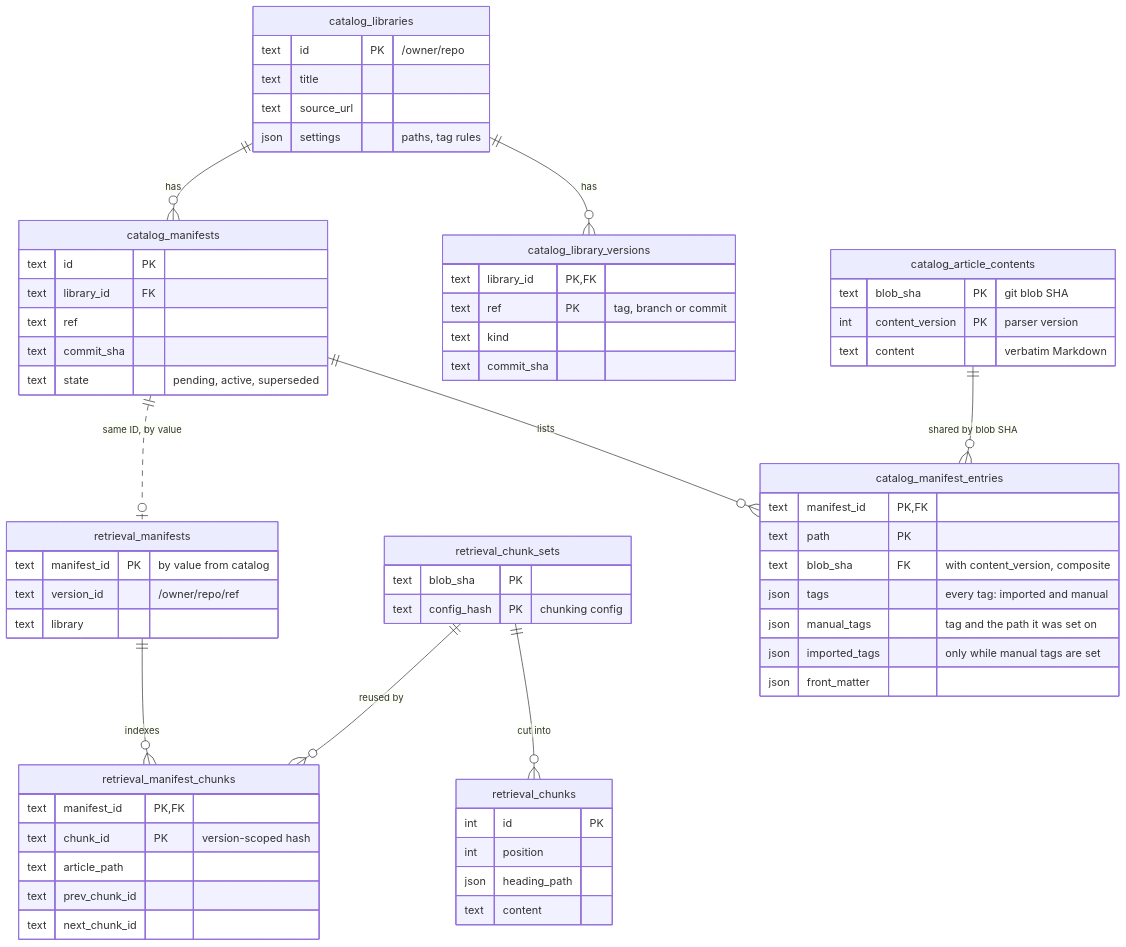
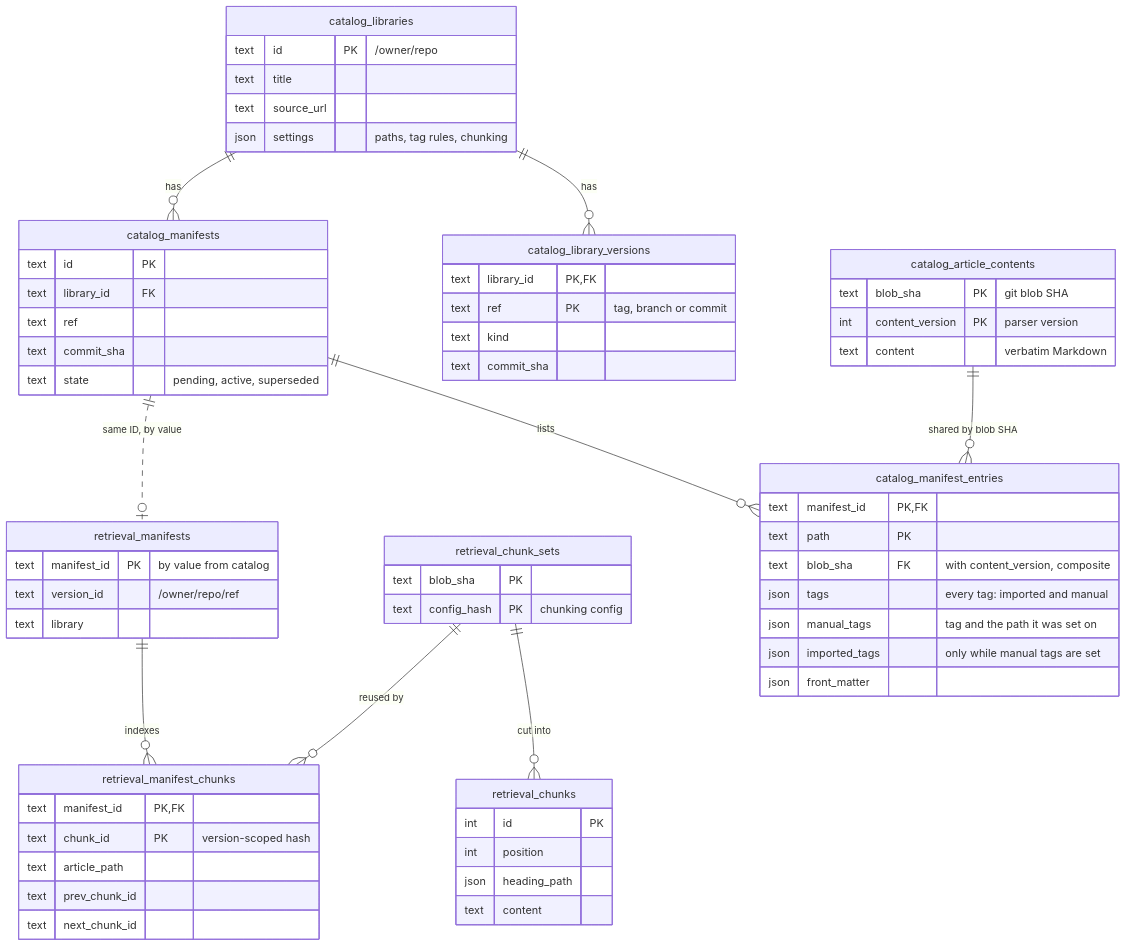
Before and after one commit to SirCypkowskyy/ExactDocs: the second of 5 diagrams in docs/architecture.md, drawn with Mermaid. The commit also changed other lines of this file and 47 other files, not shown here.

````diff
--- a/docs/architecture.md
+++ b/docs/architecture.md
@@ -214,70 +214,70 @@
 ```mermaid
 erDiagram
     catalog_libraries ||--o{ catalog_library_versions : "has"
     catalog_libraries ||--o{ catalog_manifests : "has"
     catalog_manifests ||--o{ catalog_manifest_entries : "lists"
     catalog_article_contents ||--o{ catalog_manifest_entries : "shared by blob SHA"
 
     catalog_libraries {
         text id PK "/owner/repo"
         text title
         text source_url
-        json settings "paths, tag rules"
+        json settings "paths, tag rules, chunking"
     }
     catalog_library_versions {
         text library_id PK, FK
         text ref PK "tag, branch or commit"
         text kind
         text commit_sha
     }
     catalog_manifests {
         text id PK
         text library_id FK
         text ref
         text commit_sha
         text state "pending, active, superseded"
     }
     catalog_manifest_entries {
         text manifest_id PK, FK
         text path PK
         text blob_sha FK "with content_version, composite"
         json tags "every tag: imported and manual"
         json manual_tags "tag and the path it was set on"
         json imported_tags "only while manual tags are set"
         json front_matter
     }
     catalog_article_contents {
         text blob_sha PK "git blob SHA"
         int content_version PK "parser version"
         text content "verbatim Markdown"
     }
 
     retrieval_chunk_sets ||--o{ retrieval_chunks : "cut into"
     retrieval_chunk_sets ||--o{ retrieval_manifest_chunks : "reused by"
     retrieval_manifests ||--o{ retrieval_manifest_chunks : "indexes"
 
     retrieval_chunk_sets {
         text blob_sha PK
         text config_hash PK "chunking config"
     }
     retrieval_chunks {
         int id PK
         int position
         json heading_path
         text content
     }
     retrieval_manifests {
         text manifest_id PK "by value from catalog"
         text version_id "/owner/repo/ref"
         text library
     }
     retrieval_manifest_chunks {
         text manifest_id PK, FK
         text chunk_id PK "version-scoped hash"
         text article_path
         text prev_chunk_id
         text next_chunk_id
     }
 
     catalog_manifests ||..o| retrieval_manifests : "same ID, by value"
 ```
````
